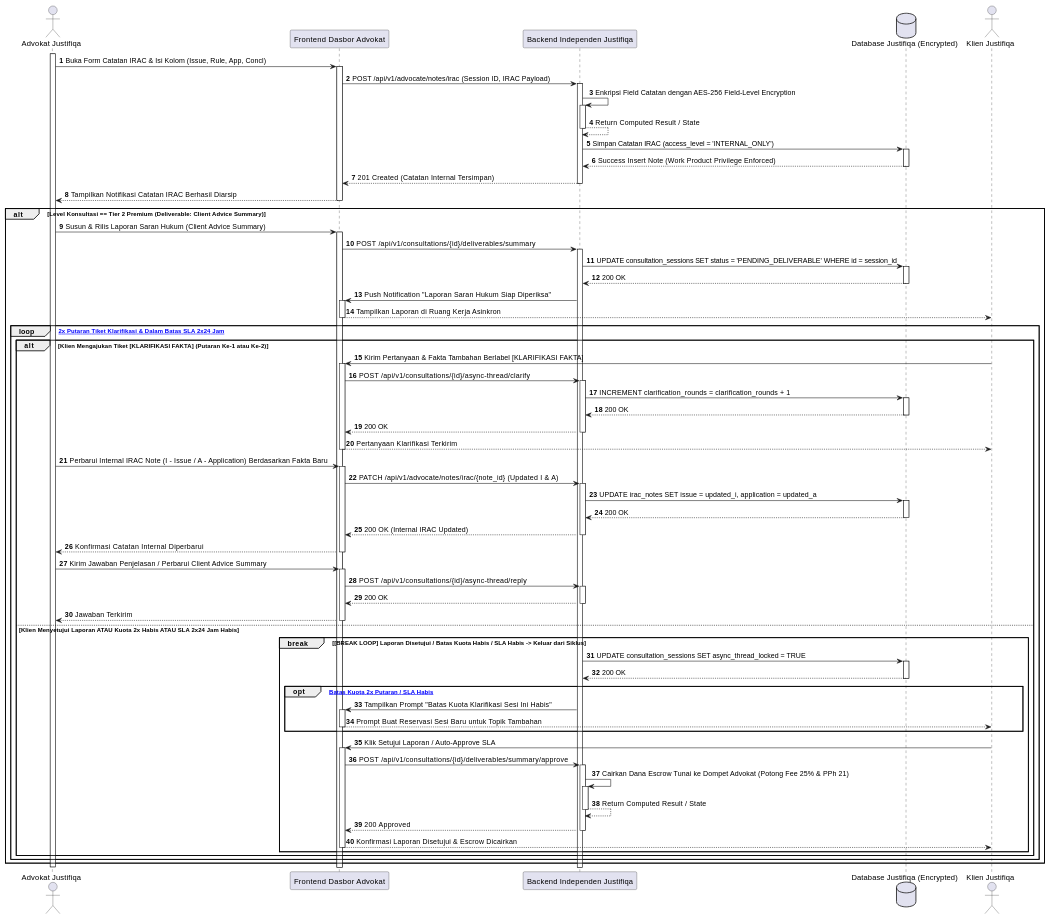
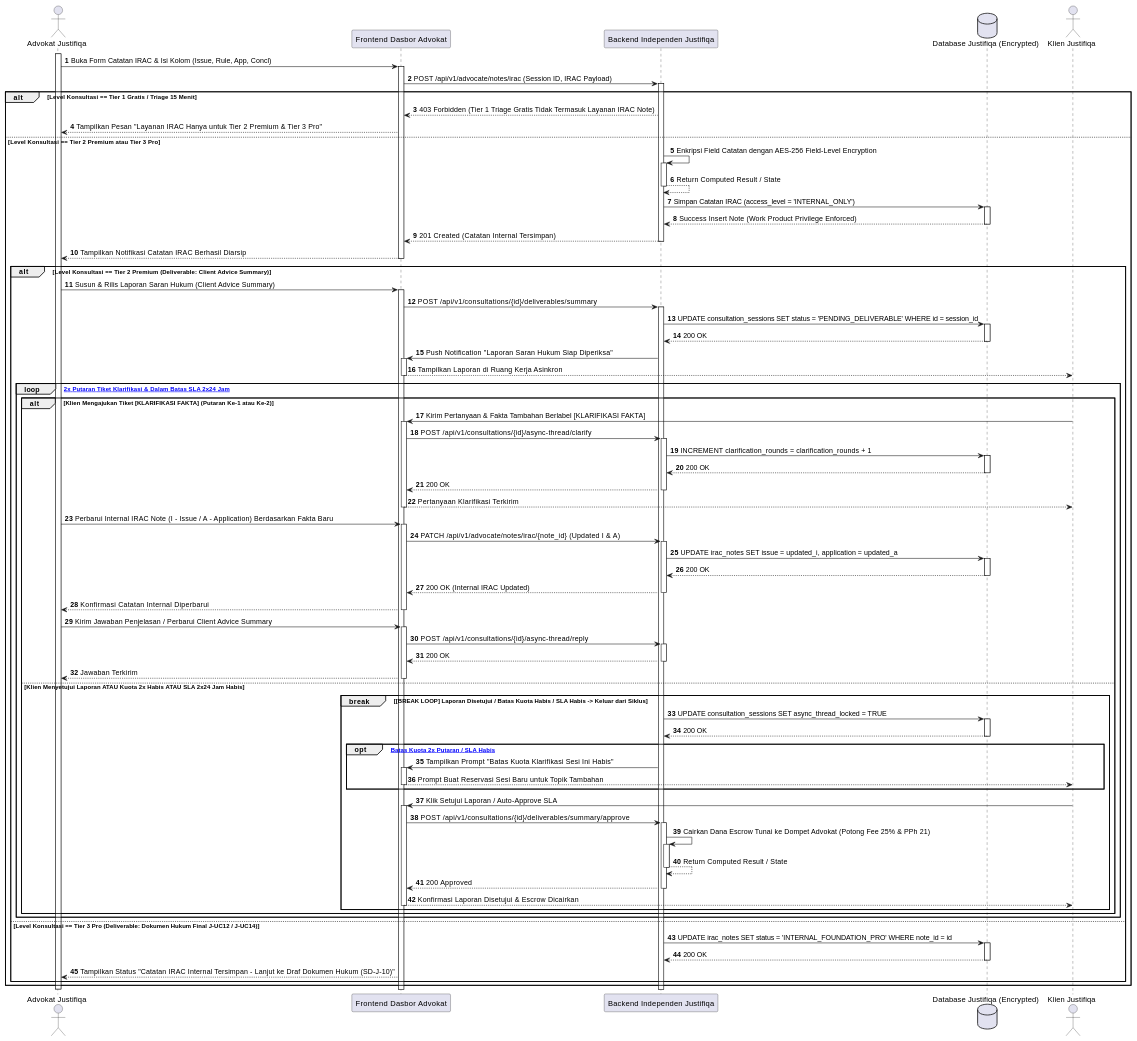
The eighth of 28 diagrams in MarkDown/plantuml_sequence_diagrams.md (tupperwureism/SuperApp-Gagal), drawn with PlantUML before and after one commit. The commit also changed 1 other file, not shown here.

Commit message:
fix(uml): enforce Tier 1 Gratis exclusion and Tier 3 Pro transition to AD/SD-J-10 in J-08

```diff
--- a/MarkDown/plantuml_sequence_diagrams.md
+++ b/MarkDown/plantuml_sequence_diagrams.md
@@ -704,64 +704,74 @@
 activate Mitra
 Mitra -> FE ++ : Buka Form Catatan IRAC & Isi Kolom (Issue, Rule, App, Concl)
 FE -> BE ++ : POST /api/v1/advocate/notes/irac (Session ID, IRAC Payload)
-BE -> BE ++ : Enkripsi Field Catatan dengan AES-256 Field-Level Encryption
-BE --> BE -- : Return Computed Result / State
-BE -> DB ++ : Simpan Catatan IRAC (access_level = 'INTERNAL_ONLY')
-DB --> BE -- : Success Insert Note (Work Product Privilege Enforced)
-BE --> FE -- : 201 Created (Catatan Internal Tersimpan)
-FE --> Mitra : Tampilkan Notifikasi Catatan IRAC Berhasil Diarsip
-deactivate FE
 
-alt Level Konsultasi == Tier 2 Premium (Deliverable: Client Advice Summary)
-    Mitra -> FE ++ : Susun & Rilis Laporan Saran Hukum (Client Advice Summary)
-    FE -> BE ++ : POST /api/v1/consultations/{id}/deliverables/summary
-    BE -> DB ++ : UPDATE consultation_sessions SET status = 'PENDING_DELIVERABLE' WHERE id = session_id
-    DB --> BE -- : 200 OK
-    BE -> FE ++ : Push Notification "Laporan Saran Hukum Siap Diperiksa"
-    FE --> Klien : Tampilkan Laporan di Ruang Kerja Asinkron
+alt Level Konsultasi == Tier 1 Gratis / Triage 15 Menit
+    BE --> FE : 403 Forbidden (Tier 1 Triage Gratis Tidak Termasuk Layanan IRAC Note)
+    FE --> Mitra : Tampilkan Pesan "Layanan IRAC Hanya untuk Tier 2 Premium & Tier 3 Pro"
+else Level Konsultasi == Tier 2 Premium atau Tier 3 Pro
+    BE -> BE ++ : Enkripsi Field Catatan dengan AES-256 Field-Level Encryption
+    BE --> BE -- : Return Computed Result / State
+    BE -> DB ++ : Simpan Catatan IRAC (access_level = 'INTERNAL_ONLY')
+    DB --> BE -- : Success Insert Note (Work Product Privilege Enforced)
+    BE --> FE -- : 201 Created (Catatan Internal Tersimpan)
+    FE --> Mitra : Tampilkan Notifikasi Catatan IRAC Berhasil Diarsip
     deactivate FE
 
-    loop [Maksimal 2x Putaran Tiket Klarifikasi & Dalam Batas SLA 2x24 Jam]
-        alt Klien Mengajukan Tiket [KLARIFIKASI FAKTA] (Putaran Ke-1 atau Ke-2)
-            Klien -> FE ++ : Kirim Pertanyaan & Fakta Tambahan Berlabel [KLARIFIKASI FAKTA]
-            FE -> BE ++ : POST /api/v1/consultations/{id}/async-thread/clarify
-            BE -> DB ++ : INCREMENT clarification_rounds = clarification_rounds + 1
-            DB --> BE -- : 200 OK
-            BE --> FE -- : 200 OK
-            FE --> Klien : Pertanyaan Klarifikasi Terkirim
-            deactivate FE
-            
-            Mitra -> FE ++ : Perbarui Internal IRAC Note (I - Issue / A - Application) Berdasarkan Fakta Baru
-            FE -> BE ++ : PATCH /api/v1/advocate/notes/irac/{note_id} (Updated I & A)
-            BE -> DB ++ : UPDATE irac_notes SET issue = updated_i, application = updated_a
-            DB --> BE -- : 200 OK
-            BE --> FE -- : 200 OK (Internal IRAC Updated)
-            FE --> Mitra : Konfirmasi Catatan Internal Diperbarui
-            deactivate FE
-            
-            Mitra -> FE ++ : Kirim Jawaban Penjelasan / Perbarui Client Advice Summary
-            FE -> BE ++ : POST /api/v1/consultations/{id}/async-thread/reply
-            BE --> FE -- : 200 OK
-            FE --> Mitra : Jawaban Terkirim
-            deactivate FE
-        else Klien Menyetujui Laporan ATAU Kuota 2x Habis ATAU SLA 2x24 Jam Habis
-            break [BREAK LOOP] Laporan Disetujui / Batas Kuota Habis / SLA Habis -> Keluar dari Siklus
-                BE -> DB ++ : UPDATE consultation_sessions SET async_thread_locked = TRUE
+    alt Level Konsultasi == Tier 2 Premium (Deliverable: Client Advice Summary)
+        Mitra -> FE ++ : Susun & Rilis Laporan Saran Hukum (Client Advice Summary)
+        FE -> BE ++ : POST /api/v1/consultations/{id}/deliverables/summary
+        BE -> DB ++ : UPDATE consultation_sessions SET status = 'PENDING_DELIVERABLE' WHERE id = session_id
+        DB --> BE -- : 200 OK
+        BE -> FE ++ : Push Notification "Laporan Saran Hukum Siap Diperiksa"
+        FE --> Klien : Tampilkan Laporan di Ruang Kerja Asinkron
+        deactivate FE
+
+        loop [Maksimal 2x Putaran Tiket Klarifikasi & Dalam Batas SLA 2x24 Jam]
+            alt Klien Mengajukan Tiket [KLARIFIKASI FAKTA] (Putaran Ke-1 atau Ke-2)
+                Klien -> FE ++ : Kirim Pertanyaan & Fakta Tambahan Berlabel [KLARIFIKASI FAKTA]
+                FE -> BE ++ : POST /api/v1/consultations/{id}/async-thread/clarify
+                BE -> DB ++ : INCREMENT clarification_rounds = clarification_rounds + 1
                 DB --> BE -- : 200 OK
-                opt [Jika Batas Kuota 2x Putaran / SLA Habis]
-                    BE -> FE ++ : Tampilkan Prompt "Batas Kuota Klarifikasi Sesi Ini Habis"
-                    FE --> Klien : Prompt Buat Reservasi Sesi Baru untuk Topik Tambahan
+                BE --> FE -- : 200 OK
+                FE --> Klien : Pertanyaan Klarifikasi Terkirim
+                deactivate FE
+                
+                Mitra -> FE ++ : Perbarui Internal IRAC Note (I - Issue / A - Application) Berdasarkan Fakta Baru
+                FE -> BE ++ : PATCH /api/v1/advocate/notes/irac/{note_id} (Updated I & A)
+                BE -> DB ++ : UPDATE irac_notes SET issue = updated_i, application = updated_a
+                DB --> BE -- : 200 OK
+                BE --> FE -- : 200 OK (Internal IRAC Updated)
+                FE --> Mitra : Konfirmasi Catatan Internal Diperbarui
+                deactivate FE
+                
+                Mitra -> FE ++ : Kirim Jawaban Penjelasan / Perbarui Client Advice Summary
+                FE -> BE ++ : POST /api/v1/consultations/{id}/async-thread/reply
+                BE --> FE -- : 200 OK
+                FE --> Mitra : Jawaban Terkirim
+                deactivate FE
+            else Klien Menyetujui Laporan ATAU Kuota 2x Habis ATAU SLA 2x24 Jam Habis
+                break [BREAK LOOP] Laporan Disetujui / Batas Kuota Habis / SLA Habis -> Keluar dari Siklus
+                    BE -> DB ++ : UPDATE consultation_sessions SET async_thread_locked = TRUE
+                    DB --> BE -- : 200 OK
+                    opt [Jika Batas Kuota 2x Putaran / SLA Habis]
+                        BE -> FE ++ : Tampilkan Prompt "Batas Kuota Klarifikasi Sesi Ini Habis"
+                        FE --> Klien : Prompt Buat Reservasi Sesi Baru untuk Topik Tambahan
+                        deactivate FE
+                    end
+                    Klien -> FE ++ : Klik Setujui Laporan / Auto-Approve SLA
+                    FE -> BE ++ : POST /api/v1/consultations/{id}/deliverables/summary/approve
+                    BE -> BE ++ : Cairkan Dana Escrow Tunai ke Dompet Advokat (Potong Fee 25% & PPh 21)
+                    BE --> BE -- : Return Computed Result / State
+                    BE --> FE -- : 200 Approved
+                    FE --> Klien : Konfirmasi Laporan Disetujui & Escrow Dicairkan
                     deactivate FE
                 end
-                Klien -> FE ++ : Klik Setujui Laporan / Auto-Approve SLA
-                FE -> BE ++ : POST /api/v1/consultations/{id}/deliverables/summary/approve
-                BE -> BE ++ : Cairkan Dana Escrow Tunai ke Dompet Advokat (Potong Fee 25% & PPh 21)
-                BE --> BE -- : Return Computed Result / State
-                BE --> FE -- : 200 Approved
-                FE --> Klien : Konfirmasi Laporan Disetujui & Escrow Dicairkan
-                deactivate FE
             end
         end
+    else Level Konsultasi == Tier 3 Pro (Deliverable: Dokumen Hukum Final J-UC12 / J-UC14)
+        BE -> DB ++ : UPDATE irac_notes SET status = 'INTERNAL_FOUNDATION_PRO' WHERE note_id = id
+        DB --> BE -- : 200 OK
+        FE --> Mitra : Tampilkan Status "Catatan IRAC Internal Tersimpan - Lanjut ke Draf Dokumen Hukum (SD-J-10)"
     end
 end
 
```
